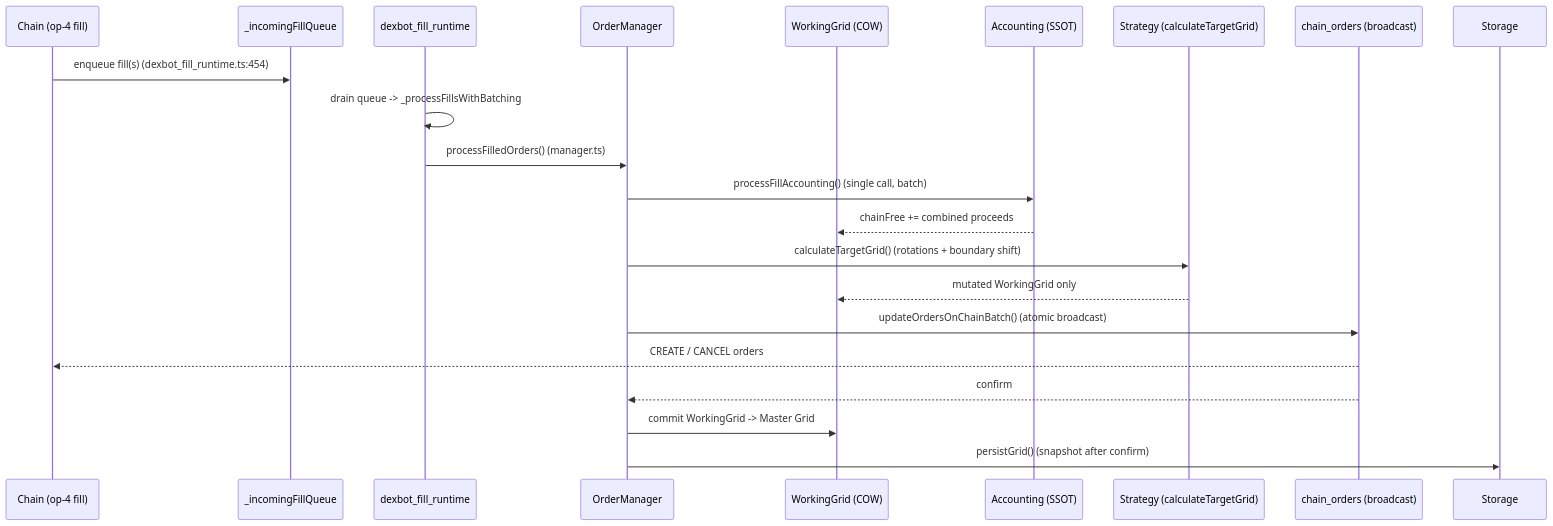
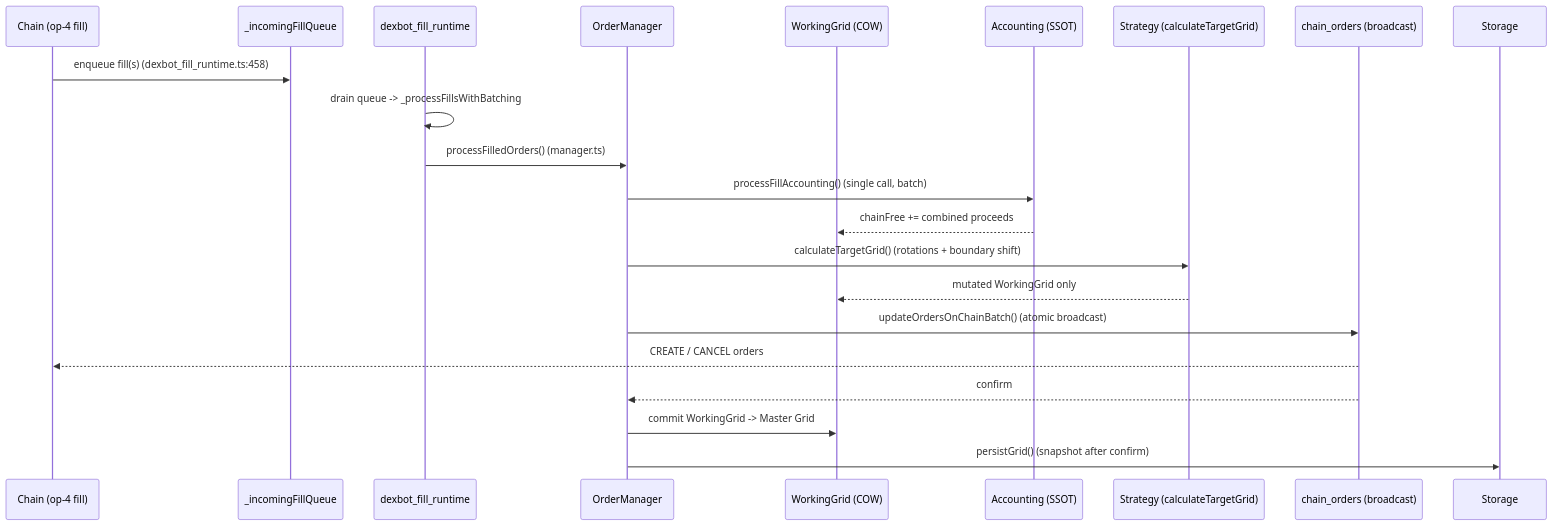
Before and after one commit to bitshares/DEXBot2: the third of 4 diagrams in docs/LIFECYCLE.md, drawn with Mermaid. The commit also changed other lines of this file and 9 other files, not shown here.

````diff
--- a/docs/LIFECYCLE.md
+++ b/docs/LIFECYCLE.md
@@ -81,25 +81,25 @@
 ```mermaid
 sequenceDiagram
     participant CH as Chain (op-4 fill)
     participant Q as _incomingFillQueue
     participant FR as dexbot_fill_runtime
     participant OM as OrderManager
     participant WG as WorkingGrid (COW)
     participant AC as Accounting (SSOT)
     participant ST as Strategy (calculateTargetGrid)
     participant CO as chain_orders (broadcast)
     participant STORE as Storage
 
-    CH->>Q: enqueue fill(s)  (dexbot_fill_runtime.ts:454)
+    CH->>Q: enqueue fill(s)  (dexbot_fill_runtime.ts:458)
     FR->>FR: drain queue -> _processFillsWithBatching
     FR->>OM: processFilledOrders()  (manager.ts)
     OM->>AC: processFillAccounting()  (single call, batch)
     AC-->>WG: chainFree += combined proceeds
     OM->>ST: calculateTargetGrid()  (rotations + boundary shift)
     ST-->>WG: mutated WorkingGrid only
     OM->>CO: updateOrdersOnChainBatch()  (atomic broadcast)
     CO-->>CH: CREATE / CANCEL orders
     CO-->>OM: confirm
     OM->>WG: commit WorkingGrid -> Master Grid
     OM->>STORE: persistGrid()  (snapshot after confirm)
 ```
````
